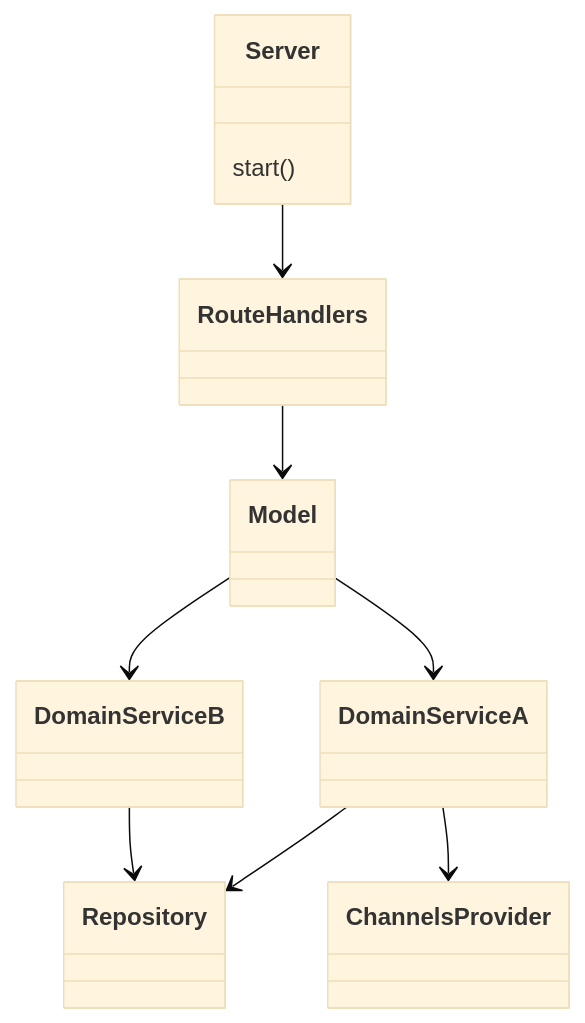
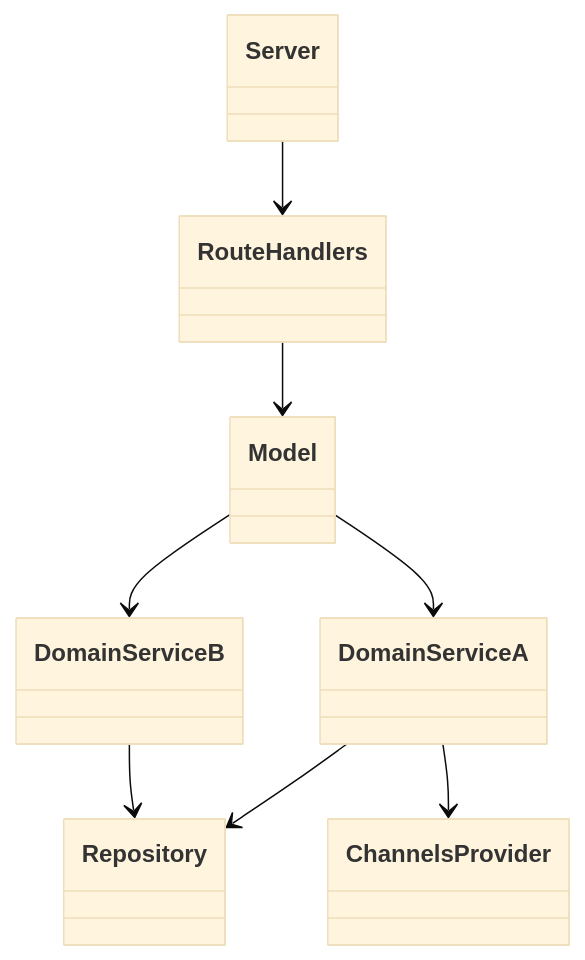
One commit to den-gr/Driving-School-Distributed-Management-Software changed the first of 4 diagrams in docs/report/TacticalDesign.md. Above: the diagram before and after it, drawn with Mermaid (base theme). The commit also changed other lines of this file and 1 other file, not shown here.

Commit message:
docs: add Doctor Service and Dossier Services class diagramms

````diff
--- a/docs/report/TacticalDesign.md
+++ b/docs/report/TacticalDesign.md
@@ -7,13 +9,11 @@
 ```mermaid
 classDiagram
-class Server{
-    start()
-}
 Server --> RouteHandlers
 RouteHandlers --> Model
 Model --> DomainServiceA
 Model --> DomainServiceB
 DomainServiceA --> Repository
 DomainServiceA --> ChannelsProvider
 DomainServiceB --> Repository
+
 ```
````
